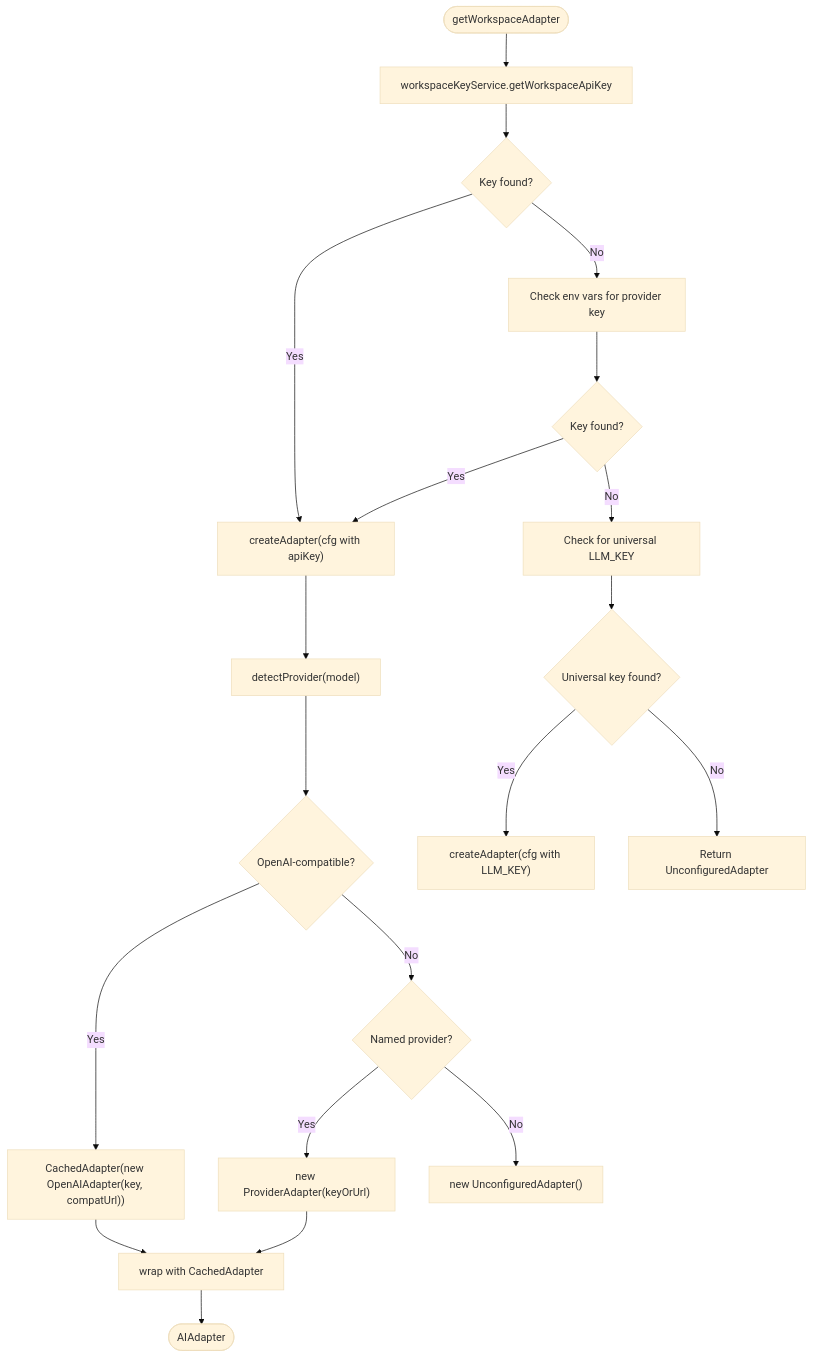
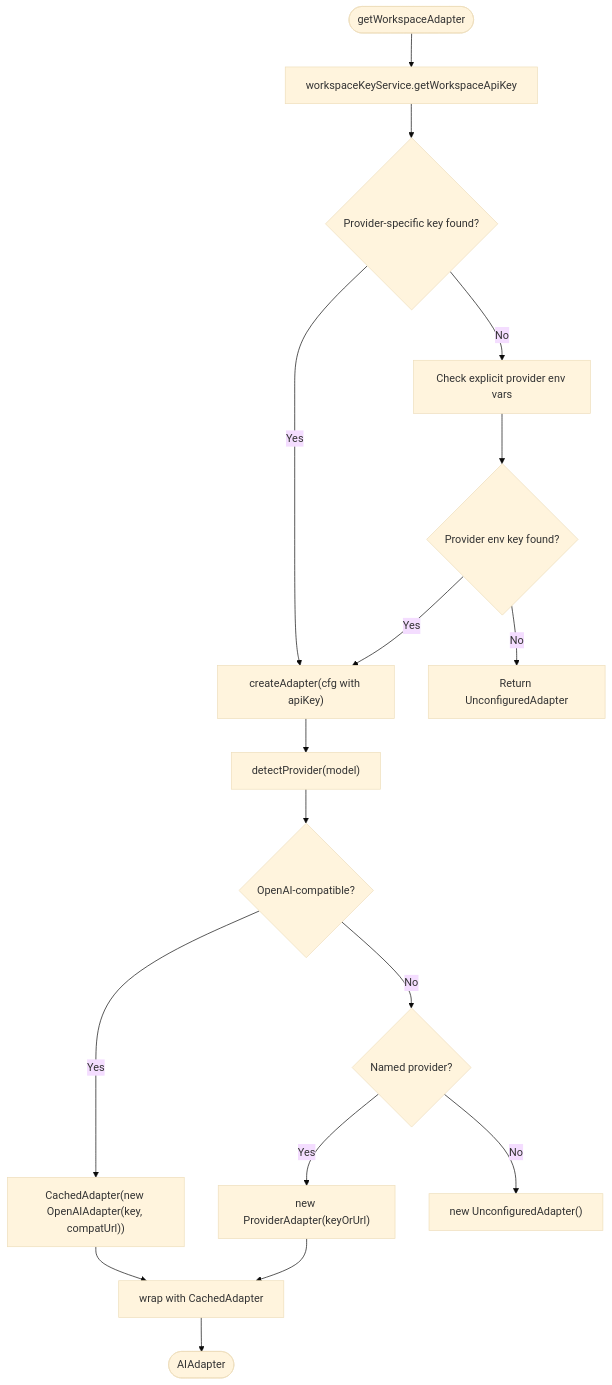
One commit to shekhargiri005-dotcom/AI-powered-accessibility-first-UI-engine changed the fourth of 10 diagrams in .qoder/repowiki/en/content/Architecture & Design/Layered Architecture/Business Logic Layer/AI Provider Adapter System.md. Above: the diagram before and after it, drawn with Mermaid (base theme). The commit also changed other lines of this file and 20 other files, not shown here.

````diff
--- a/.qoder/repowiki/en/content/Architecture & Design/Layered Architecture/Business Logic Layer/AI Provider Adapter System.md
+++ b/.qoder/repowiki/en/content/Architecture & Design/Layered Architecture/Business Logic Layer/AI Provider Adapter System.md
@@ -234,22 +229,19 @@
 ```mermaid
 flowchart TD
 Start(["getWorkspaceAdapter"]) --> DB["workspaceKeyService.getWorkspaceApiKey"]
-DB --> Found{"Key found?"}
+DB --> Found{"Provider-specific key found?"}
 Found -- Yes --> Create["createAdapter(cfg with apiKey)"]
-Found -- No --> Env["Check env vars for provider key"]
-Env --> HasKey{"Key found?"}
+Found -- No --> Env["Check explicit provider env vars"]
+Env --> HasKey{"Provider env key found?"}
 HasKey -- Yes --> Create
-HasKey -- No --> Universal["Check for universal LLM_KEY"]
-Universal --> UniFound{"Universal key found?"}
-UniFound -- Yes --> CreateUni["createAdapter(cfg with LLM_KEY)"]
-UniFound -- No --> Fallback["Return UnconfiguredAdapter"]
+HasKey -- No --> Fallback["Return UnconfiguredAdapter"]
 Create --> Detect["detectProvider(model)"]
 Detect --> Compat{"OpenAI-compatible?"}
 Compat -- Yes --> OpenAI["CachedAdapter(new OpenAIAdapter(key, compatUrl))"]
 Compat -- No --> Named{"Named provider?"}
 Named -- Yes --> NewAdapter["new ProviderAdapter(keyOrUrl)"]
 Named -- No --> Unconfigured["new UnconfiguredAdapter()"]
 OpenAI --> CacheWrap["wrap with CachedAdapter"]
 NewAdapter --> CacheWrap
 CacheWrap --> End(["AIAdapter"])
 ```
````
